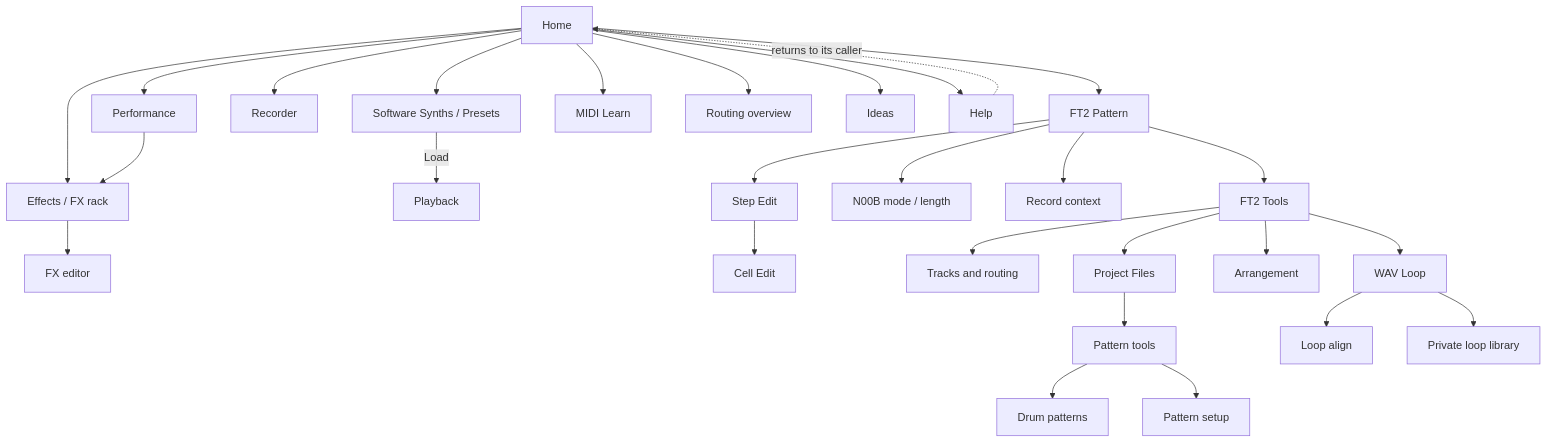
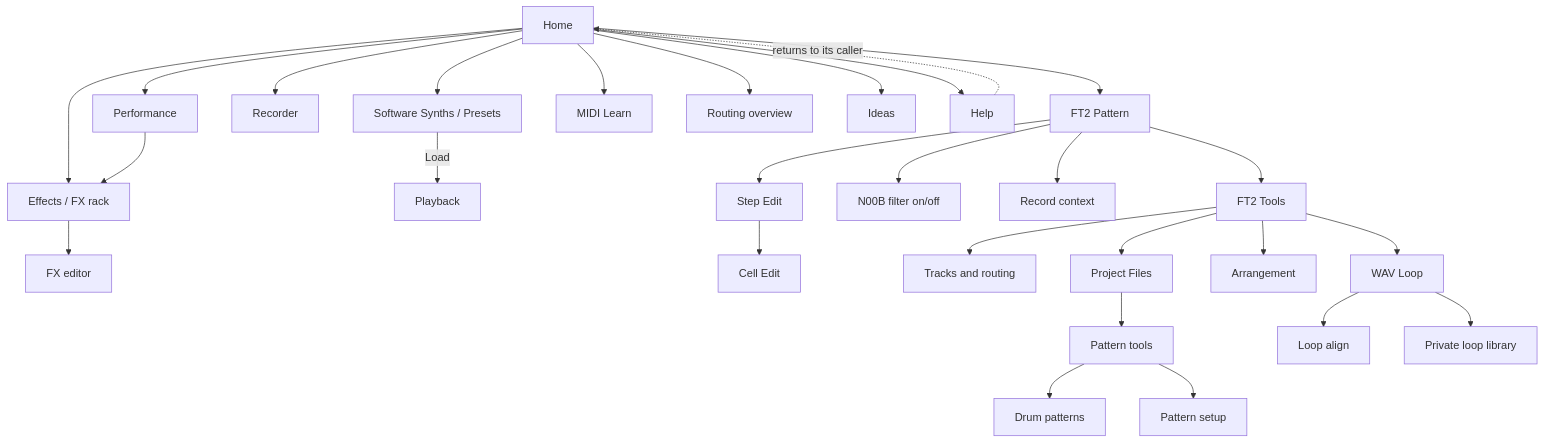
The diagram in docs/MENU_MANUAL.md (PaolaShultz/shsynth), drawn with Mermaid before and after one commit. The commit also changed other lines of this file and 25 other files, not shown here.

````diff
--- a/docs/MENU_MANUAL.md
+++ b/docs/MENU_MANUAL.md
@@ -50,30 +51,30 @@
 ```mermaid
 flowchart TD
     H0[Home] --> P[Software Synths / Presets]
     H0 --> T[FT2 Pattern]
     H0 --> A[Recorder]
     H0 --> M[Performance]
     H0 --> ML[MIDI Learn]
     H0 --> RTE[Routing overview]
     H0 --> FX[Effects / FX rack]
     H0 --> I[Ideas]
     H0 --> H[Help]
     P -->|Load| PB[Playback]
     M --> FX
     FX --> FE[FX editor]
     T --> TT[FT2 Tools]
-    T --> N[N00B mode / length]
+    T --> N[N00B filter on/off]
     T --> R[Record context]
     T --> E[Step Edit]
     E --> CE[Cell Edit]
     TT --> TR[Tracks and routing]
     TT --> F[Project Files]
     TT --> AR[Arrangement]
     TT --> L[WAV Loop]
     F --> PT[Pattern tools]
     PT --> D[Drum patterns]
     PT --> PS[Pattern setup]
     L --> LA[Loop align]
     L --> LL[Private loop library]
     H -. returns to its caller .-> H0
 ```
````
